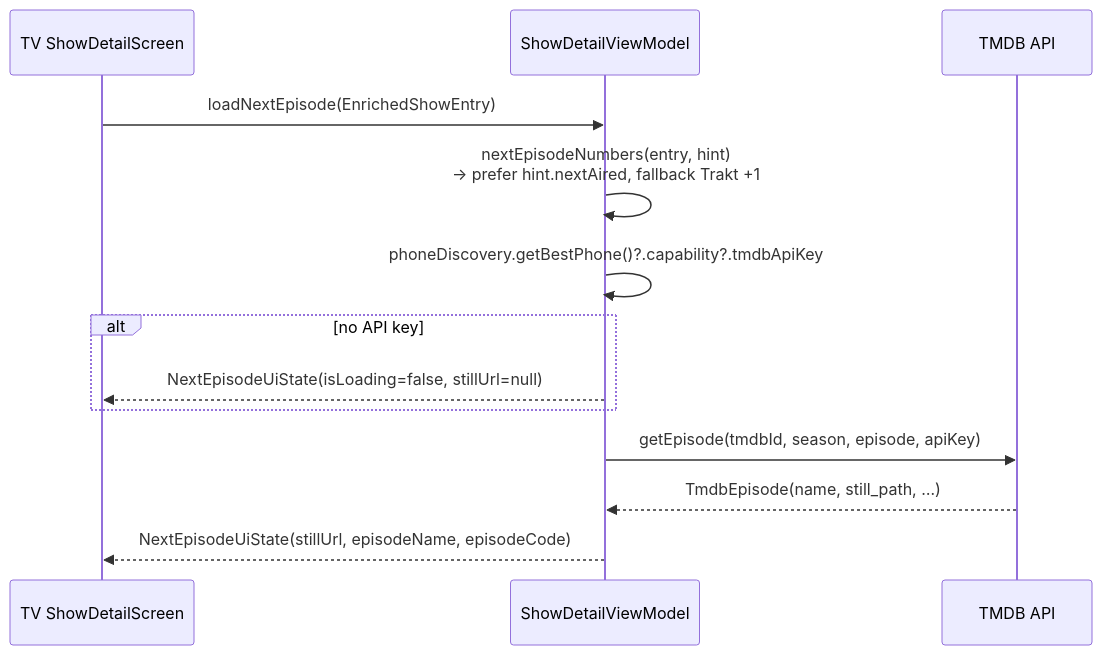
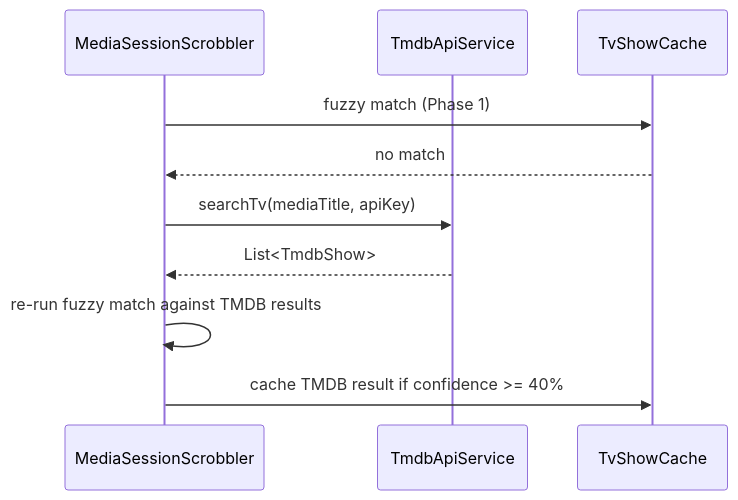
One commit to justb81/watchbuddy changed the sixth of 6 diagrams in docs/tmdb-integration.md. Above: the diagram before and after it, drawn with Mermaid. The commit also changed other lines of this file and 1 other file, not shown here.

First line of the commit message:
refactor(core): update tmdb-integration.md and CLAUDE.md for ProviderCatalogRegistry

````diff
--- a/docs/tmdb-integration.md
+++ b/docs/tmdb-integration.md
@@ -254,16 +224,13 @@
 ```mermaid
 sequenceDiagram
-    participant TV as TV ShowDetailScreen
-    participant VM as ShowDetailViewModel
-    participant TMDB as TMDB API
+    participant Scrobbler as MediaSessionScrobbler
+    participant TMDB as TmdbApiService
+    participant Cache as TvShowCache
 
-    TV->>VM: loadNextEpisode(EnrichedShowEntry)
-    VM->>VM: nextEpisodeNumbers(entry, hint)<br/>→ prefer hint.nextAired, fallback Trakt +1
-    VM->>VM: phoneDiscovery.getBestPhone()?.capability?.tmdbApiKey
-    alt no API key
-        VM-->>TV: NextEpisodeUiState(isLoading=false, stillUrl=null)
-    end
-    VM->>TMDB: getEpisode(tmdbId, season, episode, apiKey)
-    TMDB-->>VM: TmdbEpisode(name, still_path, …)
-    VM-->>TV: NextEpisodeUiState(stillUrl, episodeName, episodeCode)
+    Scrobbler->>Cache: fuzzy match (Phase 1)
+    Cache-->>Scrobbler: no match
+    Scrobbler->>TMDB: searchTv(mediaTitle, apiKey)
+    TMDB-->>Scrobbler: List<TmdbShow>
+    Scrobbler->>Scrobbler: re-run fuzzy match against TMDB results
+    Scrobbler->>Cache: cache TMDB result if confidence >= 40%
 ```
````
